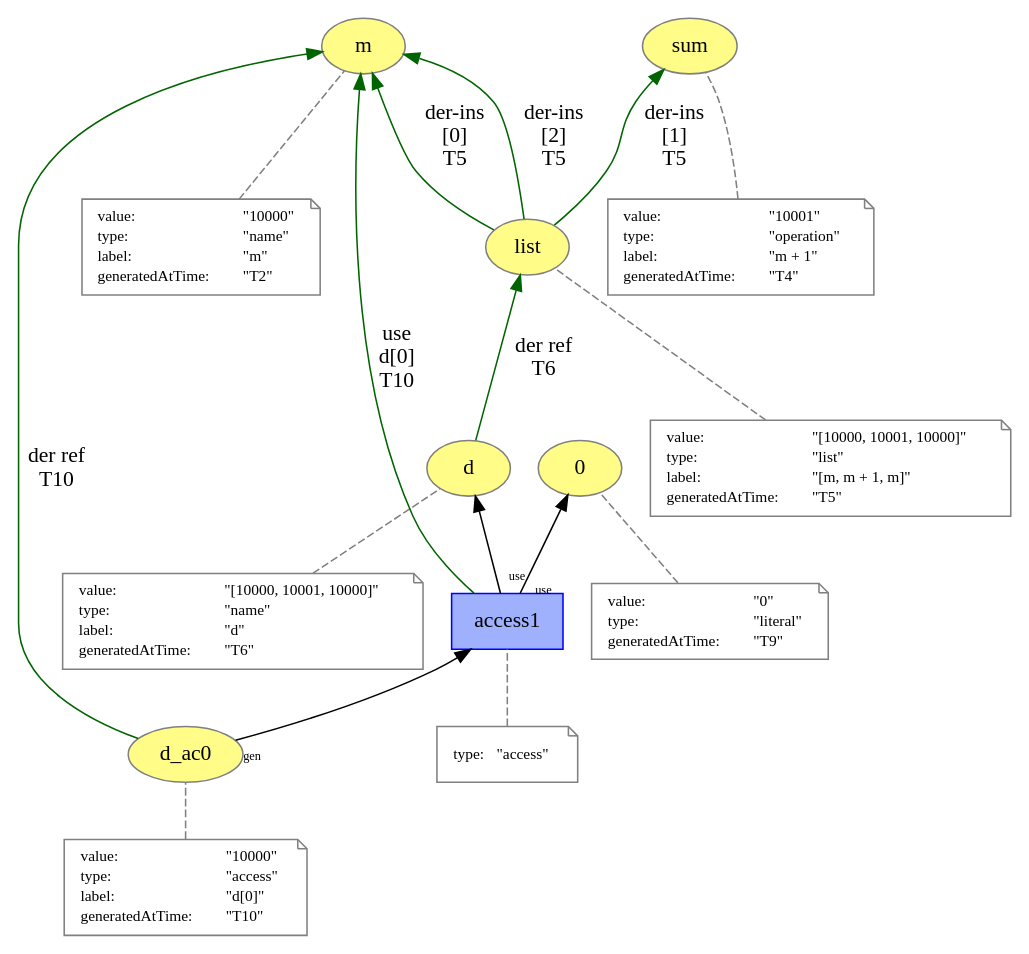
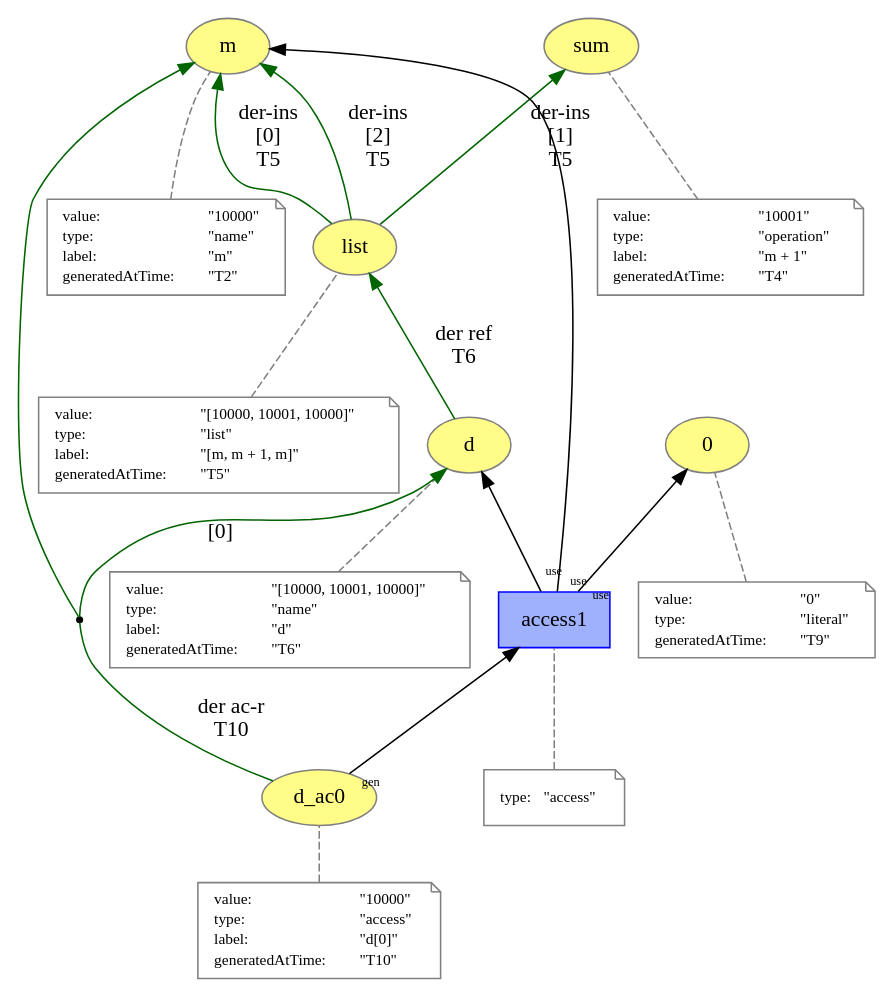
The diagram in versioned_prov/access.dot (dew-uff/versioned-prov), drawn with Graphviz before and after one commit. The commit also changed 972 other files, not shown here.

```diff
--- a/versioned_prov/access.dot
+++ b/versioned_prov/access.dot
@@ -1,145 +1,146 @@
 digraph "PROV" { size="16,12"; rankdir="BT";
 "http://example.org/m" [fillcolor="#FFFC87",color="#808080",style="filled",label="m",URL="http://example.org/m"]
 "-attrs0" [color="gray",shape="note",fontsize="10",fontcolor="black",label=<<TABLE cellpadding="0" border="0">
 	<TR>
 	    <TD align="left">value:</TD>
 	    <TD align="left">&quot;10000&quot;</TD>
 	</TR>
 	<TR>
 	    <TD align="left">type:</TD>
 	    <TD align="left">&quot;name&quot;</TD>
 	</TR>
 	<TR>
 	    <TD align="left">label:</TD>
 	    <TD align="left">&quot;m&quot;</TD>
 	</TR>
 	<TR>
 	    <TD align="left">generatedAtTime:</TD>
 	    <TD align="left">&quot;T2&quot;</TD>
 	</TR>
 </TABLE>>]
 "-attrs0" -> "http://example.org/m" [color="gray",style="dashed",arrowhead="none"]
 "http://example.org/sum" [fillcolor="#FFFC87",color="#808080",style="filled",label="sum",URL="http://example.org/sum"]
 "-attrs1" [color="gray",shape="note",fontsize="10",fontcolor="black",label=<<TABLE cellpadding="0" border="0">
 	<TR>
 	    <TD align="left">value:</TD>
 	    <TD align="left">&quot;10001&quot;</TD>
 	</TR>
 	<TR>
 	    <TD align="left">type:</TD>
 	    <TD align="left">&quot;operation&quot;</TD>
 	</TR>
 	<TR>
 	    <TD align="left">label:</TD>
 	    <TD align="left">&quot;m + 1&quot;</TD>
 	</TR>
 	<TR>
 	    <TD align="left">generatedAtTime:</TD>
 	    <TD align="left">&quot;T4&quot;</TD>
 	</TR>
 </TABLE>>]
 "-attrs1" -> "http://example.org/sum" [color="gray",style="dashed",arrowhead="none"]
 "http://example.org/list" [fillcolor="#FFFC87",color="#808080",style="filled",label="list",URL="http://example.org/list"]
 "-attrs2" [color="gray",shape="note",fontsize="10",fontcolor="black",label=<<TABLE cellpadding="0" border="0">
 	<TR>
 	    <TD align="left">value:</TD>
 	    <TD align="left">&quot;[10000, 10001, 10000]&quot;</TD>
 	</TR>
 	<TR>
 	    <TD align="left">type:</TD>
 	    <TD align="left">&quot;list&quot;</TD>
 	</TR>
 	<TR>
 	    <TD align="left">label:</TD>
 	    <TD align="left">&quot;[m, m + 1, m]&quot;</TD>
 	</TR>
 	<TR>
 	    <TD align="left">generatedAtTime:</TD>
 	    <TD align="left">&quot;T5&quot;</TD>
 	</TR>
 </TABLE>>]
 "-attrs2" -> "http://example.org/list" [color="gray",style="dashed",arrowhead="none"]
 "http://example.org/list" -> "http://example.org/m" [labelfontsize="8",labeldistance="1.5",color="darkgreen",labelangle="60.0",rotation="20",label="der-ins
 [0]
 T5"]
 "http://example.org/list" -> "http://example.org/sum" [labelfontsize="8",labeldistance="1.5",color="darkgreen",labelangle="60.0",rotation="20",label="der-ins
 [1]
 T5"]
 "http://example.org/list" -> "http://example.org/m" [labelfontsize="8",labeldistance="1.5",color="darkgreen",labelangle="60.0",rotation="20",label="der-ins
 [2]
 T5"]
 "http://example.org/d" [fillcolor="#FFFC87",color="#808080",style="filled",label="d",URL="http://example.org/d"]
 "-attrs3" [color="gray",shape="note",fontsize="10",fontcolor="black",label=<<TABLE cellpadding="0" border="0">
 	<TR>
 	    <TD align="left">value:</TD>
 	    <TD align="left">&quot;[10000, 10001, 10000]&quot;</TD>
 	</TR>
 	<TR>
 	    <TD align="left">type:</TD>
 	    <TD align="left">&quot;name&quot;</TD>
 	</TR>
 	<TR>
 	    <TD align="left">label:</TD>
 	    <TD align="left">&quot;d&quot;</TD>
 	</TR>
 	<TR>
 	    <TD align="left">generatedAtTime:</TD>
 	    <TD align="left">&quot;T6&quot;</TD>
 	</TR>
 </TABLE>>]
 "-attrs3" -> "http://example.org/d" [color="gray",style="dashed",arrowhead="none"]
 "http://example.org/d" -> "http://example.org/list" [labelfontsize="8",labeldistance="1.5",color="darkgreen",labelangle="60.0",rotation="20",label="der ref
 T6"]
 "http://example.org/0" [fillcolor="#FFFC87",color="#808080",style="filled",label="0",URL="http://example.org/0"]
 "-attrs4" [color="gray",shape="note",fontsize="10",fontcolor="black",label=<<TABLE cellpadding="0" border="0">
 	<TR>
 	    <TD align="left">value:</TD>
 	    <TD align="left">&quot;0&quot;</TD>
 	</TR>
 	<TR>
 	    <TD align="left">type:</TD>
 	    <TD align="left">&quot;literal&quot;</TD>
 	</TR>
 	<TR>
 	    <TD align="left">generatedAtTime:</TD>
 	    <TD align="left">&quot;T9&quot;</TD>
 	</TR>
 </TABLE>>]
 "-attrs4" -> "http://example.org/0" [color="gray",style="dashed",arrowhead="none"]
 "http://example.org/d_ac0" [fillcolor="#FFFC87",color="#808080",style="filled",label="d_ac0",URL="http://example.org/d_ac0"]
 "-attrs5" [color="gray",shape="note",fontsize="10",fontcolor="black",label=<<TABLE cellpadding="0" border="0">
 	<TR>
 	    <TD align="left">value:</TD>
 	    <TD align="left">&quot;10000&quot;</TD>
 	</TR>
 	<TR>
 	    <TD align="left">type:</TD>
 	    <TD align="left">&quot;access&quot;</TD>
 	</TR>
 	<TR>
 	    <TD align="left">label:</TD>
 	    <TD align="left">&quot;d[0]&quot;</TD>
 	</TR>
 	<TR>
 	    <TD align="left">generatedAtTime:</TD>
 	    <TD align="left">&quot;T10&quot;</TD>
 	</TR>
 </TABLE>>]
 "-attrs5" -> "http://example.org/d_ac0" [color="gray",style="dashed",arrowhead="none"]
 "http://example.org/access1" [fillcolor="#9FB1FC",color="#0000FF",shape="polygon",sides="4",style="filled",label="access1",URL="http://example.org/access1"]
 "-attrs6" [color="gray",shape="note",fontsize="10",fontcolor="black",label=<<TABLE cellpadding="0" border="0">
 	<TR>
 	    <TD align="left">type:</TD>
 	    <TD align="left">&quot;access&quot;</TD>
 	</TR>
 </TABLE>>]
 "-attrs6" -> "http://example.org/access1" [color="gray",style="dashed",arrowhead="none"]
 "http://example.org/access1" -> "http://example.org/d" [labelfontsize="8",labeldistance="1.5",labelangle="60.0",rotation="20",taillabel="use"]
 "http://example.org/access1" -> "http://example.org/0" [labelfontsize="8",labeldistance="1.5",labelangle="60.0",rotation="20",taillabel="use"]
-"http://example.org/access1" -> "http://example.org/m" [labelfontsize="8",labeldistance="1.5",color="darkgreen",labelangle="60.0",rotation="20",label="use
-d[0]
+"http://example.org/access1" -> "http://example.org/m" [labelfontsize="8",labeldistance="1.5",labelangle="60.0",rotation="20",taillabel="use"]
+"http://example.org/d_ac0" -> "http://example.org/access1" [labelfontsize="8",labeldistance="1.5",labelangle="60.0",rotation="20",taillabel="gen"]
+"bn0" [shape="point",label=""]
+"http://example.org/d_ac0" -> "bn0" [arrowhead="none",color="darkgreen",label="der ac-r
 T10"]
-"http://example.org/d_ac0" -> "http://example.org/access1" [labelfontsize="8",labeldistance="1.5",labelangle="60.0",rotation="20",taillabel="gen"]
-"http://example.org/d_ac0" -> "http://example.org/m" [labelfontsize="8",labeldistance="1.5",color="darkgreen",labelangle="60.0",rotation="20",label="der ref
-T10"]
+"bn0" -> "http://example.org/d" [labelfontsize="8",labeldistance="1.5",color="darkgreen",labelangle="60.0",rotation="20",label="[0]"]
+"bn0" -> "http://example.org/m" [color="darkgreen"]
 }
```
